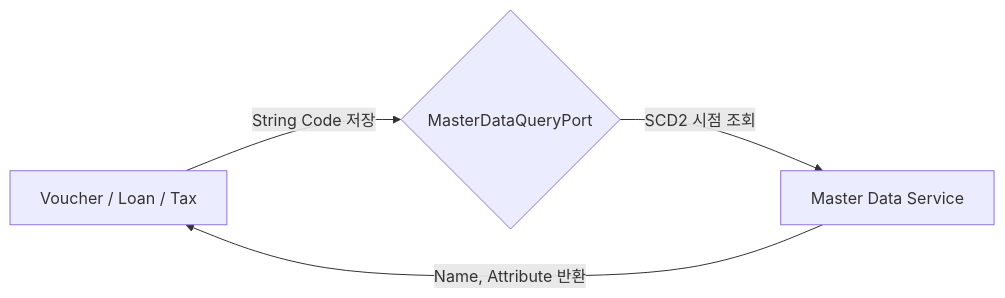
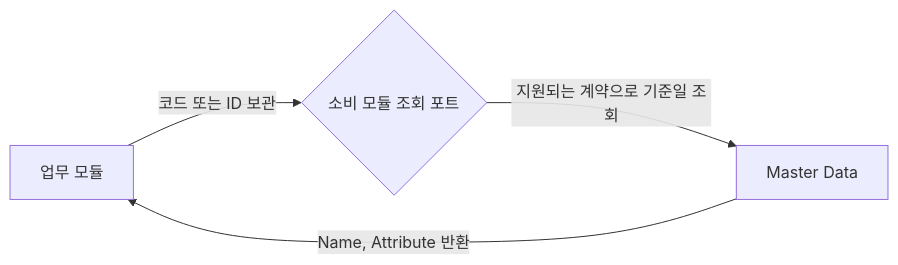
The second of 3 diagrams in master-data/README.md (skyg547/account), drawn with Mermaid before and after one commit. The commit also changed other lines of this file and 11 other files, not shown here.

Commit message:
docs: align auth and master data guides with runtime evidence

````diff
--- a/master-data/README.md
+++ b/master-data/README.md
@@ -59,6 +59,6 @@
 ```mermaid
 flowchart LR
-    A[Voucher / Loan / Tax] -- "String Code 저장" --> B{MasterDataQueryPort}
-    B -- "SCD2 시점 조회" --> C[Master Data Service]
+    A[업무 모듈] -- "코드 또는 ID 보관" --> B{소비 모듈 조회 포트}
+    B -- "지원되는 계약으로 기준일 조회" --> C[Master Data]
     C -- "Name, Attribute 반환" --> A
 ```
````
